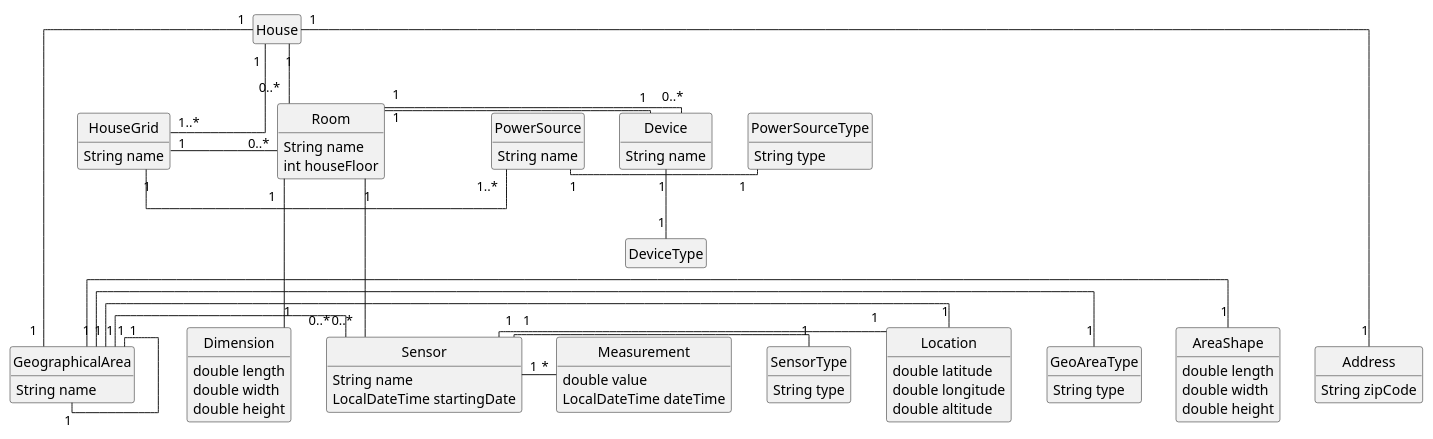
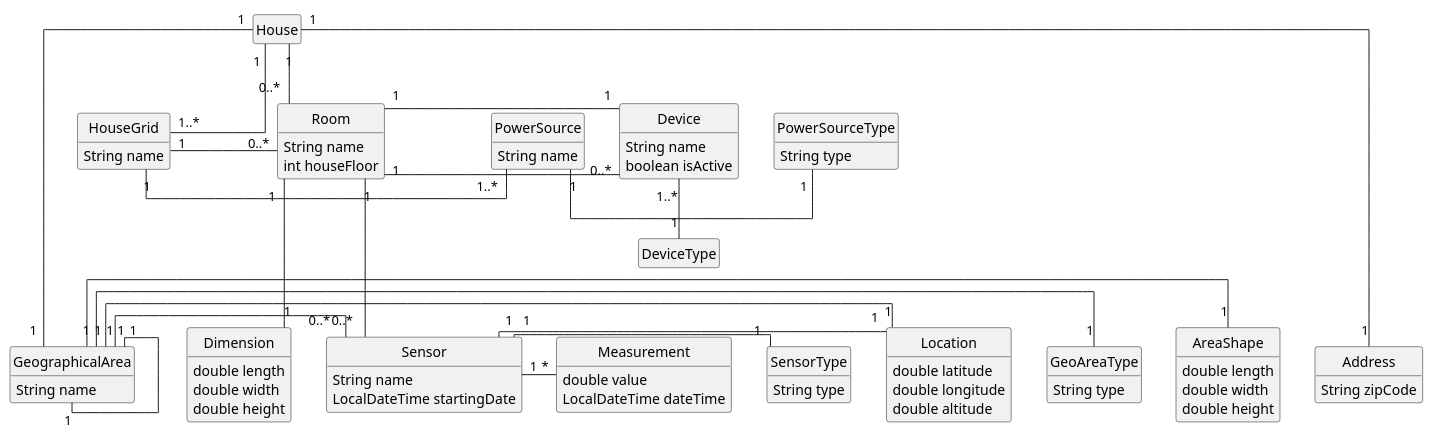
Before and after one commit to 1181687/hateoasToy: the diagram in src/Docs/DomainModel.puml, drawn with PlantUML. The commit also changed 3 other files, not shown here.

```diff
--- a/src/Docs/DomainModel.puml
+++ b/src/Docs/DomainModel.puml
@@ -1,90 +1,91 @@
 @startuml
 skinparam linetype ortho
 hide circle
 hide empty methods
 hide empty attributes
 class SensorType{
 String type
 }
 class Sensor{
 String name
 LocalDateTime startingDate
 }
 class Measurement{
 double value
 LocalDateTime dateTime
 }
 class Location{
 double latitude
 double longitude
 double altitude
 }
 class GeoAreaType{
 String type
 }
 class GeographicalArea{
 String name
 }
 class AreaShape{
 double length
 double width
 double height
 }
 class Address{
 String zipCode
 }
 class House{
 }
 class Room{
 String name
 int houseFloor
 }
 class Dimension{
 double length
 double width
 double height
 }
 class HouseGrid{
 String name
 }
 class PowerSource{
 String name
 }
 class PowerSourceType{
 String type
 }
 class Device{
 String name
+boolean isActive
 }
 ENUM DeviceType{
 }
 
 Sensor "1" - "1" SensorType
 Sensor "1" - "*" Measurement
 Sensor "1" - "1" Location
 
 Room "1" --- "1" Dimension
 Room "1" --- "0..*" Sensor
 Room "1" --- "0..*" Device
 
 PowerSource "1" - "1" PowerSourceType
 
 House "1" -- "0..*" Room
 House "1" -- "1..*" HouseGrid
 House "1" ---- "1" Address
 House "1" ---- "1" GeographicalArea
 
 GeographicalArea "1" - "1" GeoAreaType
 GeographicalArea "1" - "1" GeographicalArea
 GeographicalArea "1" - "1" Location
 GeographicalArea "1" - "1" AreaShape
 GeographicalArea "1" - "0..*" Sensor
 
 Device "1" - "1" Room
-Device "1" -- "1" DeviceType
+Device "1..*" -- "1" DeviceType
 
 HouseGrid "1" - "1..*" PowerSource
 HouseGrid "1" - "0..*" Room
 
 
 @enduml
```
